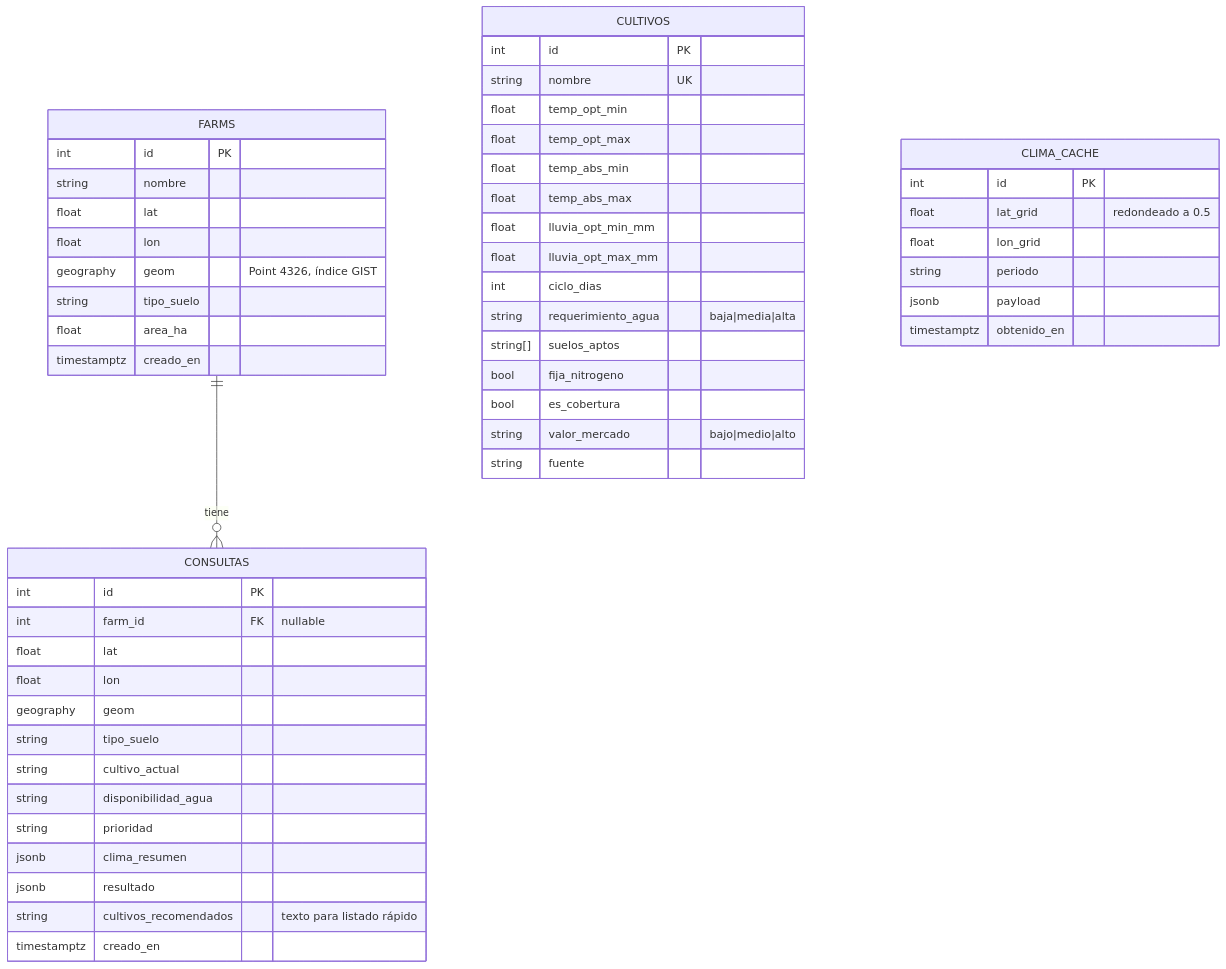
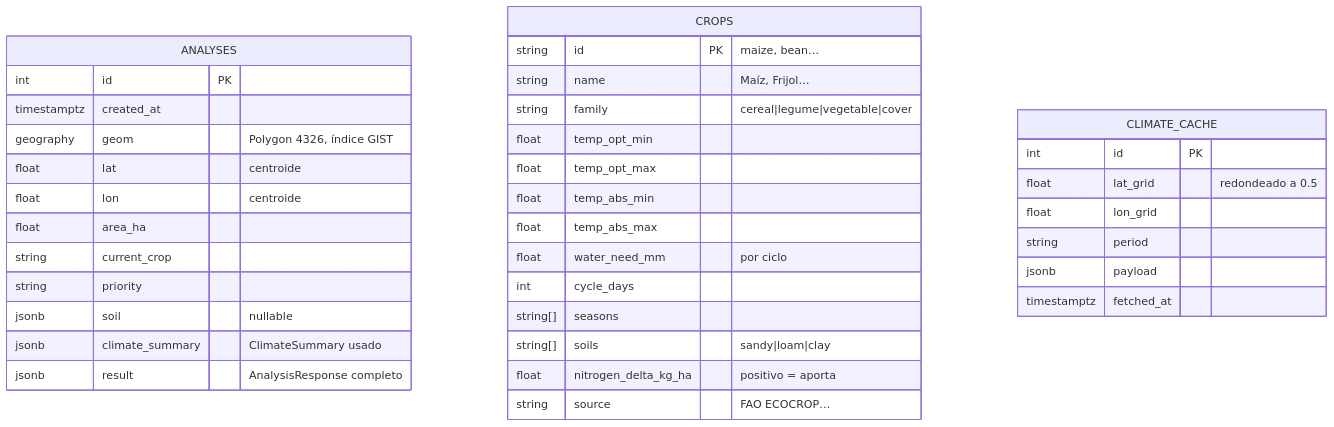
One commit to Maurongas/AgroBytes changed the third of 3 diagrams in docs/ARQUITECTURA.md. Above: the diagram before and after it, drawn with Mermaid. The commit also changed other lines of this file and 105 other files, not shown here.

````diff
--- a/docs/ARQUITECTURA.md
+++ b/docs/ARQUITECTURA.md
@@ -260,54 +273,39 @@
 ```mermaid
 erDiagram
-    FARMS ||--o{ CONSULTAS : tiene
-    FARMS {
+    ANALYSES {
         int id PK
-        string nombre
-        float lat
-        float lon
-        geography geom "Point 4326, índice GIST"
-        string tipo_suelo
+        timestamptz created_at
+        geography geom "Polygon 4326, índice GIST"
+        float lat "centroide"
+        float lon "centroide"
         float area_ha
-        timestamptz creado_en
+        string current_crop
+        string priority
+        jsonb soil "nullable"
+        jsonb climate_summary "ClimateSummary usado"
+        jsonb result "AnalysisResponse completo"
     }
-    CONSULTAS {
-        int id PK
-        int farm_id FK "nullable"
-        float lat
-        float lon
-        geography geom
-        string tipo_suelo
-        string cultivo_actual
-        string disponibilidad_agua
-        string prioridad
-        jsonb clima_resumen
-        jsonb resultado
-        string cultivos_recomendados "texto para listado rápido"
-        timestamptz creado_en
-    }
-    CULTIVOS {
-        int id PK
-        string nombre UK
+    CROPS {
+        string id PK "maize, bean…"
+        string name "Maíz, Frijol…"
+        string family "cereal|legume|vegetable|cover"
         float temp_opt_min
         float temp_opt_max
         float temp_abs_min
         float temp_abs_max
-        float lluvia_opt_min_mm
-        float lluvia_opt_max_mm
-        int ciclo_dias
-        string requerimiento_agua "baja|media|alta"
-        string[] suelos_aptos
-        bool fija_nitrogeno
-        bool es_cobertura
-        string valor_mercado "bajo|medio|alto"
-        string fuente
+        float water_need_mm "por ciclo"
+        int cycle_days
+        string[] seasons
+        string[] soils "sandy|loam|clay"
+        float nitrogen_delta_kg_ha "positivo = aporta"
+        string source "FAO ECOCROP…"
     }
-    CLIMA_CACHE {
+    CLIMATE_CACHE {
         int id PK
         float lat_grid "redondeado a 0.5"
         float lon_grid
-        string periodo
+        string period
         jsonb payload
-        timestamptz obtenido_en
+        timestamptz fetched_at
     }
 ```
````
